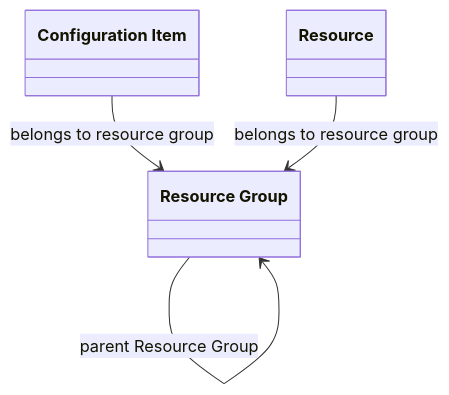
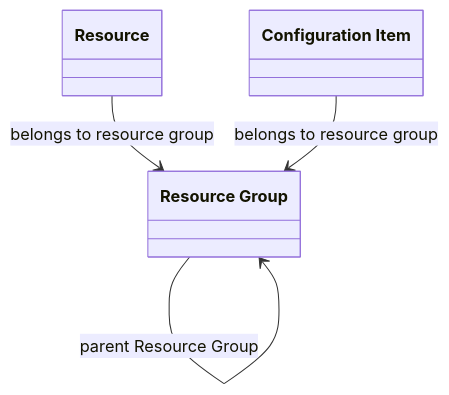
One commit to oeg-upm/Devos changed the diagram in output/ieswc_meta/core.ttl-abstract-7-0-hard.md. Above: the diagram before and after it, drawn with Mermaid. The commit also changed other lines of this file and 131 other files, not shown here.

````diff
--- a/output/ieswc_meta/core.ttl-abstract-7-0-hard.md
+++ b/output/ieswc_meta/core.ttl-abstract-7-0-hard.md
@@ -1,25 +1,25 @@
 ```mermaid
 	classDiagram
 
     
-    class `Resource` {
+    class `Resource Group` {
     
     }
 
-    class `Resource Group` {
+    class `Resource` {
     
     }
 
     class `Configuration Item` {
     
     }
 
 
 
-`Configuration Item`  --> `Resource Group`   :belongs to resource group  
-
 `Resource`  --> `Resource Group`   :belongs to resource group  
 
 `Resource Group`  --> `Resource Group`   :parent Resource Group  
 
+`Configuration Item`  --> `Resource Group`   :belongs to resource group  
+
 ```
````
